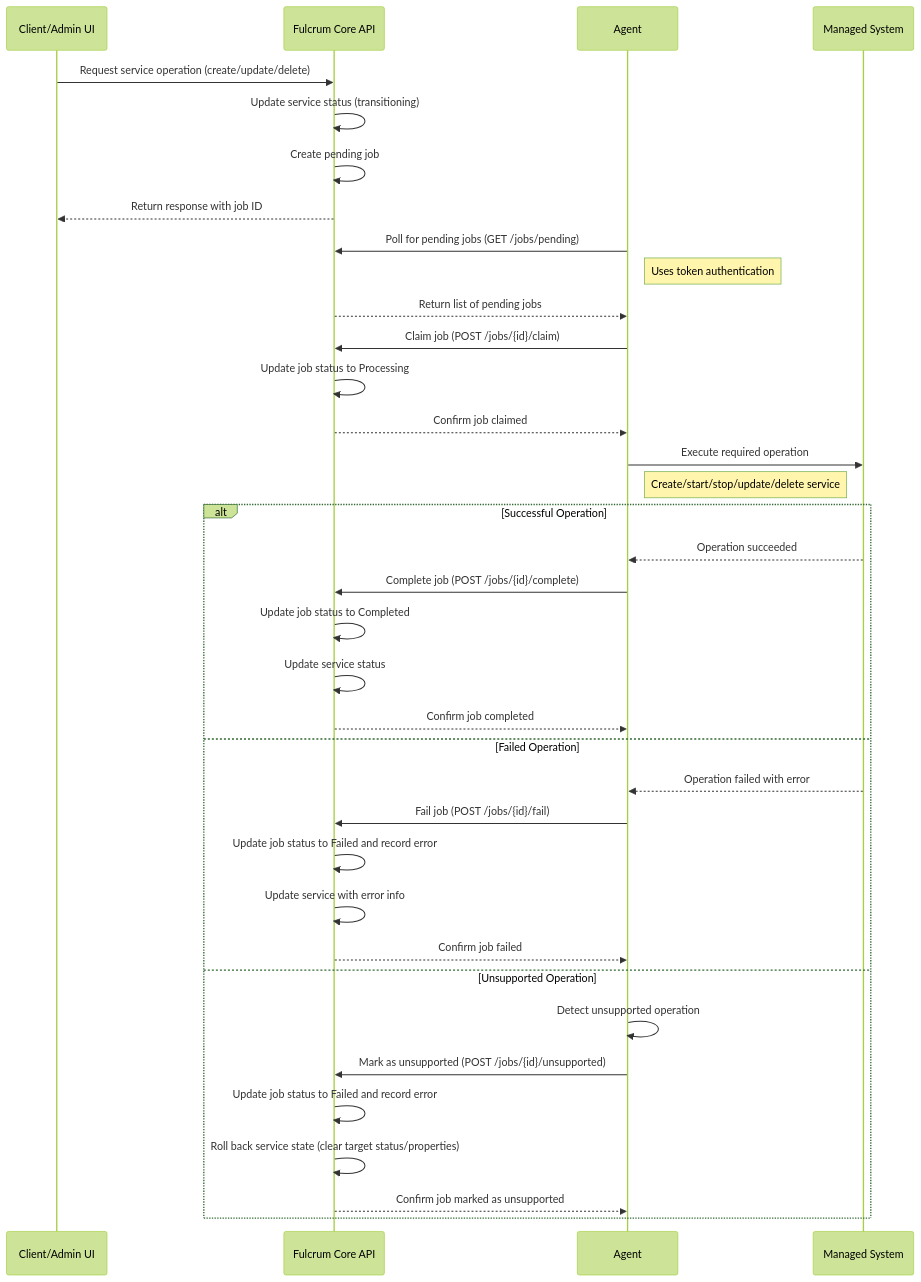
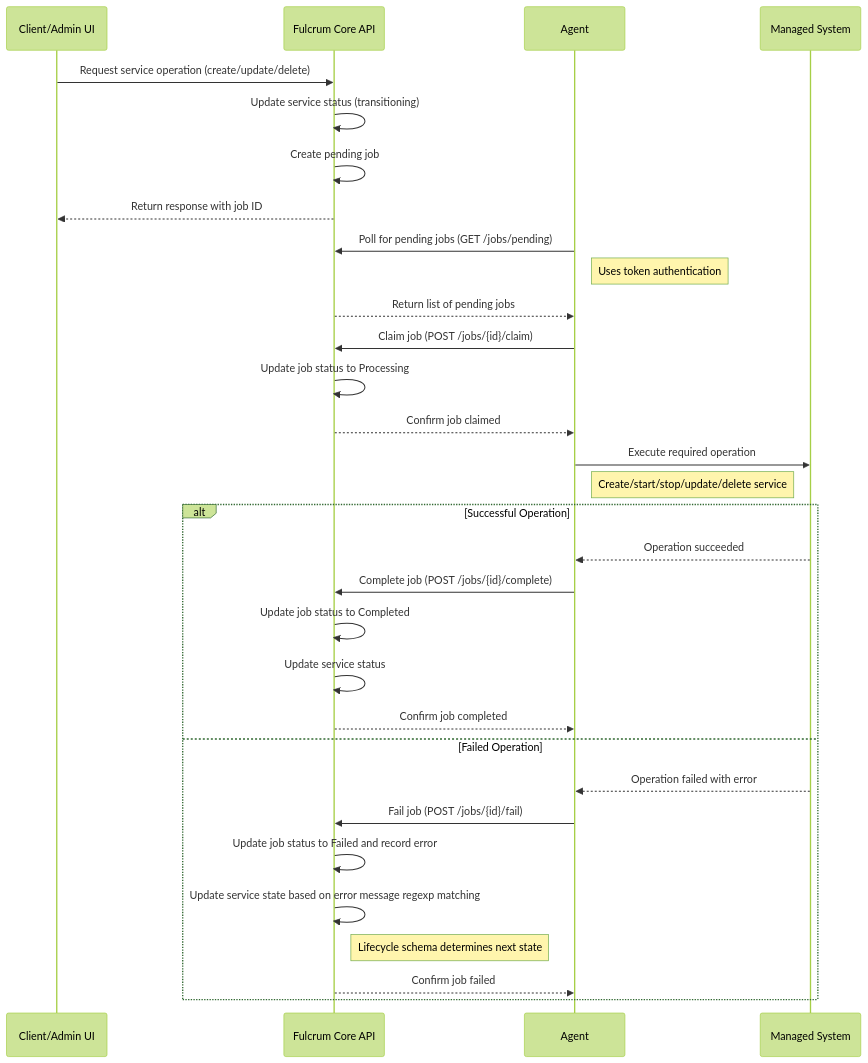
The seventh of 9 diagrams in docs/DESIGN.md (fulcrumproject/core), drawn with Mermaid (forest theme) before and after one commit. The commit also changed other lines of this file and 2 other files, not shown here.

First line of the commit message:
docs: update SERVICE_TYPE_SCHEMA.md and DESIGN.md for lifecycle schema

````diff
--- a/docs/DESIGN.md
+++ b/docs/DESIGN.md
@@ -548,52 +568,45 @@
 ```mermaid
 sequenceDiagram
     participant Client as Client/Admin UI
     participant API as Fulcrum Core API 
     participant Agent as Agent
     participant MS as Managed System
 
     %% Job Creation
     Client->>API: Request service operation (create/update/delete)
     API->>API: Update service status (transitioning)
     API->>API: Create pending job
     API-->>Client: Return response with job ID
 
     %% Job Discovery and Claiming
     Agent->>API: Poll for pending jobs (GET /jobs/pending)
     Note right of Agent: Uses token authentication
     API-->>Agent: Return list of pending jobs
     
     Agent->>API: Claim job (POST /jobs/{id}/claim)
     API->>API: Update job status to Processing
     API-->>Agent: Confirm job claimed
 
     %% Job Execution
     Agent->>MS: Execute required operation
     Note right of Agent: Create/start/stop/update/delete service
 
     %% Successful Completion Path
     alt Successful Operation
         MS-->>Agent: Operation succeeded
         Agent->>API: Complete job (POST /jobs/{id}/complete)
         API->>API: Update job status to Completed
         API->>API: Update service status
         API-->>Agent: Confirm job completed
 
     %% Failed Operation Path
     else Failed Operation
         MS-->>Agent: Operation failed with error
         Agent->>API: Fail job (POST /jobs/{id}/fail)
         API->>API: Update job status to Failed and record error
-        API->>API: Update service with error info
+        API->>API: Update service state based on error message regexp matching
+        Note right of API: Lifecycle schema determines next state
         API-->>Agent: Confirm job failed
-    
-    %% Unsupported Operation Path
-    else Unsupported Operation
-        Agent->>Agent: Detect unsupported operation
-        Agent->>API: Mark as unsupported (POST /jobs/{id}/unsupported)
-        API->>API: Update job status to Failed and record error
-        API->>API: Roll back service state (clear target status/properties)
-        API-->>Agent: Confirm job marked as unsupported
     end
 
 ```
````
